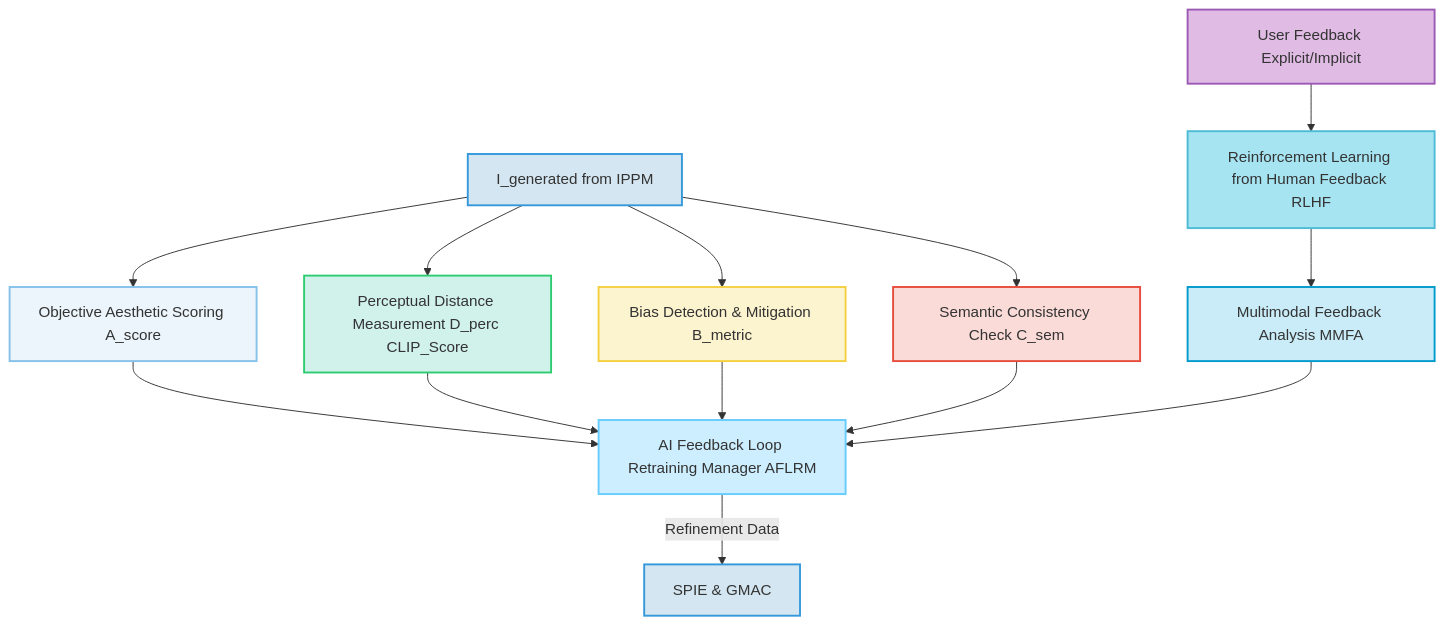
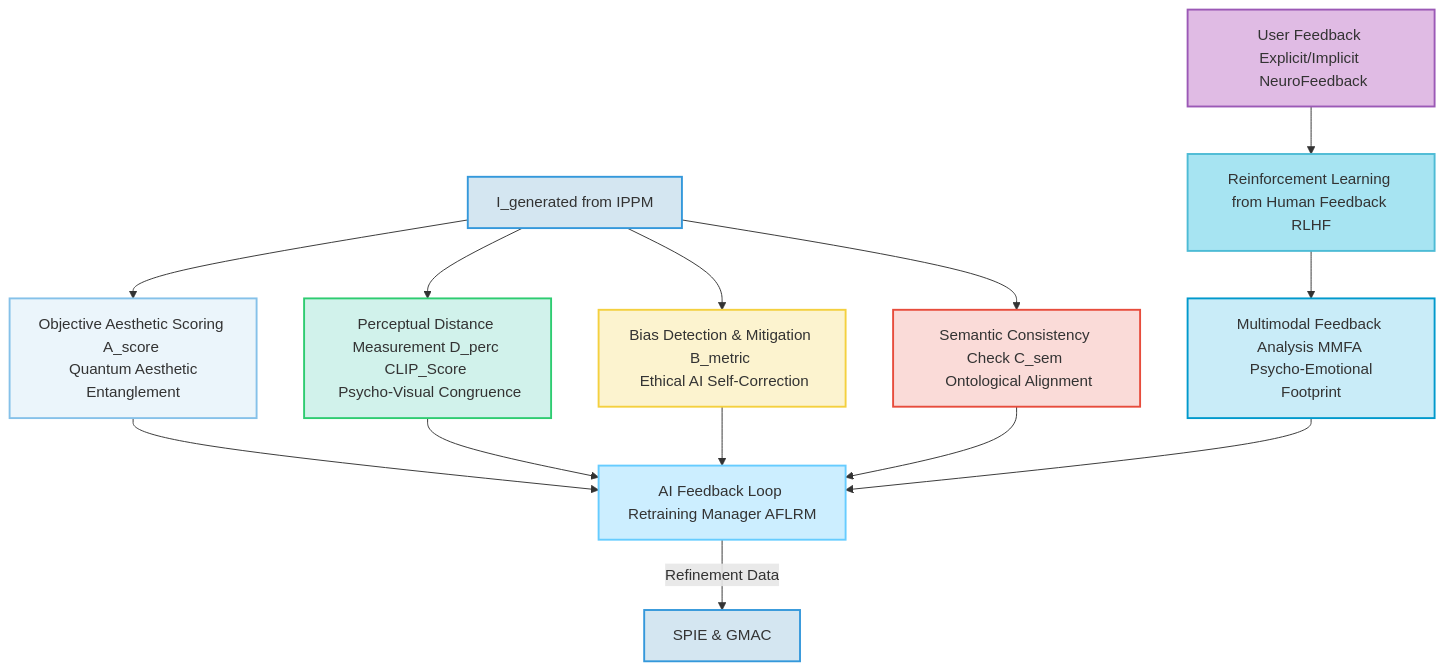
Before and after one commit to diplomat-bit/Citibank_Demo_Business_Inc_Demonstration-: the ninth of 12 diagrams in inventions/001_generative_ui_background.md, drawn with Mermaid. The commit also changed other lines of this file, not shown here.

````diff
--- a/inventions/001_generative_ui_background.md
+++ b/inventions/001_generative_ui_background.md
@@ -381,22 +404,22 @@
 ```mermaid
 graph TD
-    A[I_generated from IPPM] --> B[Objective Aesthetic Scoring A_score];
-    A --> C[Perceptual Distance Measurement D_perc CLIP_Score];
-    A --> D[Bias Detection & Mitigation B_metric];
-    A --> E[Semantic Consistency Check C_sem];
-    F[User Feedback Explicit/Implicit] --> G[Reinforcement Learning from Human Feedback RLHF];
-    G --> H[Multimodal Feedback Analysis MMFA];
+    A[I_generated from IPPM] --> B[Objective Aesthetic Scoring A_score <br> Quantum Aesthetic Entanglement];
+    A --> C[Perceptual Distance Measurement D_perc CLIP_Score <br> Psycho-Visual Congruence];
+    A --> D[Bias Detection & Mitigation B_metric <br> Ethical AI Self-Correction];
+    A --> E[Semantic Consistency Check C_sem <br> Ontological Alignment];
+    F[User Feedback Explicit/Implicit <br> NeuroFeedback] --> G[Reinforcement Learning from Human Feedback RLHF];
+    G --> H[Multimodal Feedback Analysis MMFA <br> Psycho-Emotional Footprint];
     B & C & D & E & H --> I[AI Feedback Loop Retraining Manager AFLRM];
     I -- Refinement Data --> J[SPIE & GMAC];
 
     style A fill:#D4E6F1,stroke:#3498DB,stroke-width:2px;
     style B fill:#EBF5FB,stroke:#85C1E9,stroke-width:2px;
     style C fill:#D1F2EB,stroke:#2ECC71,stroke-width:2px;
     style D fill:#FCF3CF,stroke:#F4D03F,stroke-width:2px;
     style E fill:#FADBD8,stroke:#E74C3C,stroke-width:2px;
     style F fill:#E0BBE4,stroke:#9B59B6,stroke-width:2px;
     style G fill:#A7E4F2,stroke:#4DBBD5,stroke-width:2px;
     style H fill:#C9ECF8,stroke:#0099CC,stroke-width:2px;
     style I fill:#CCEEFF,stroke:#66CCFF,stroke-width:2px;
     style J fill:#D4E6F1,stroke:#3498DB,stroke-width:2px;
 ```
````
